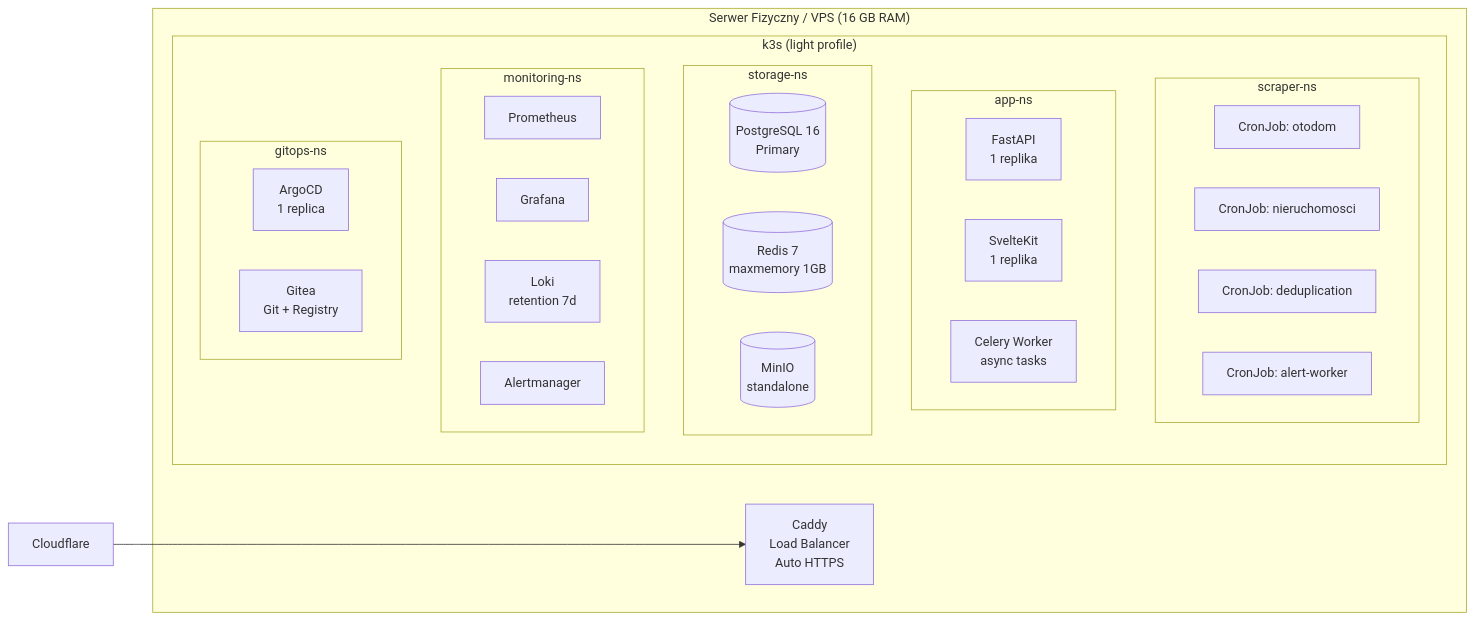
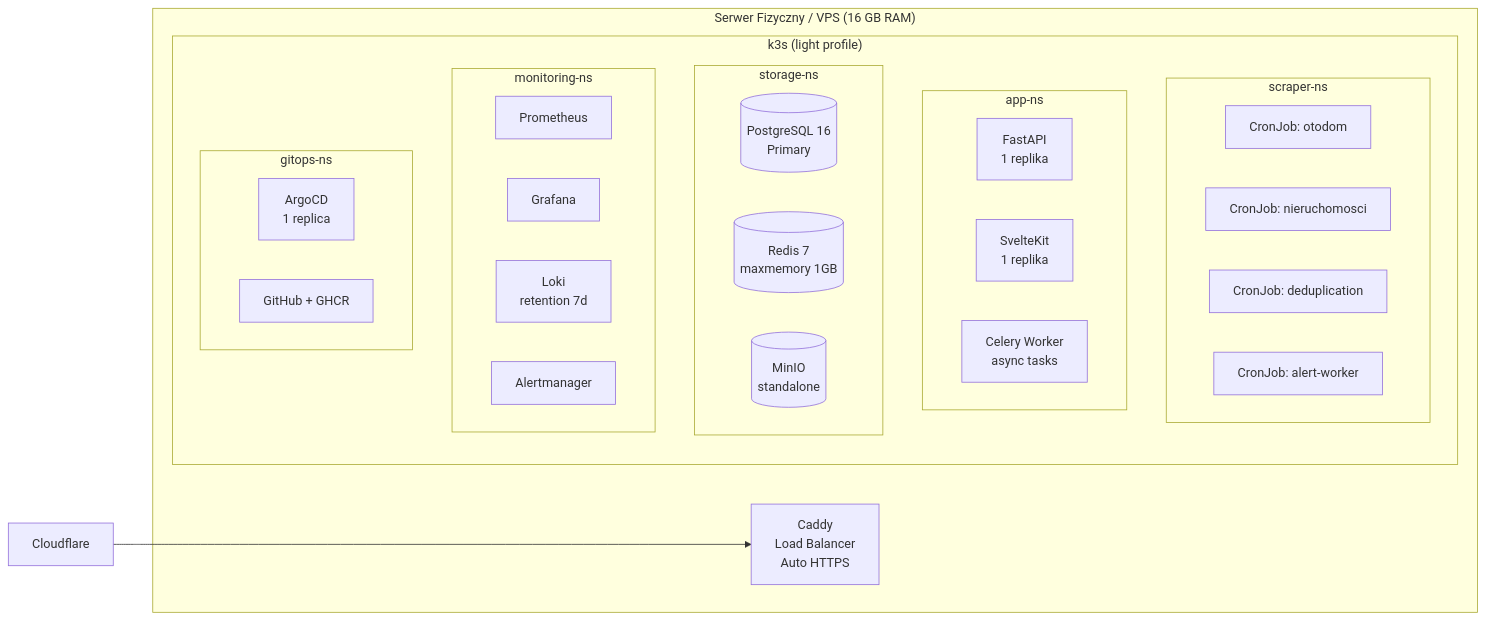
Before and after one commit to rendenwald/nieruchomosci-ados: the first of 11 diagrams in specs/docs/specification.md, drawn with Mermaid. The commit also changed other lines of this file and 13 other files, not shown here.

First line of the commit message:
docs: replace Gitea references with GHCR (GitHub Container Registry)

````diff
--- a/specs/docs/specification.md
+++ b/specs/docs/specification.md
@@ -393,35 +393,35 @@
 ```mermaid
 graph LR
     subgraph "Serwer Fizyczny / VPS (16 GB RAM)"
         subgraph "k3s (light profile)"
             subgraph "scraper-ns"
                 C1[CronJob: otodom]
                 C2[CronJob: nieruchomosci]
                 C3[CronJob: deduplication]
                 C4[CronJob: alert-worker]
             end
             subgraph "app-ns"
                 A1[FastAPI<br/>1 replika]
                 A2[SvelteKit<br/>1 replika]
                 A3[Celery Worker<br/>async tasks]
             end
             subgraph "storage-ns"
                 D1[(PostgreSQL 16<br/>Primary)]
                 D2[(Redis 7<br/>maxmemory 1GB)]
                 D3[(MinIO<br/>standalone)]
             end
             subgraph "monitoring-ns"
                 M1[Prometheus]
                 M2[Grafana]
                 M3[Loki<br/>retention 7d]
                 M4[Alertmanager]
             end
             subgraph "gitops-ns"
                 G1[ArgoCD<br/>1 replica]
-                G2[Gitea<br/>Git + Registry]
+                G2[GitHub + GHCR]
             end
         end
         LB[Caddy<br/>Load Balancer<br/>Auto HTTPS]
     end
     CF[Cloudflare] --> LB
 ```
````
